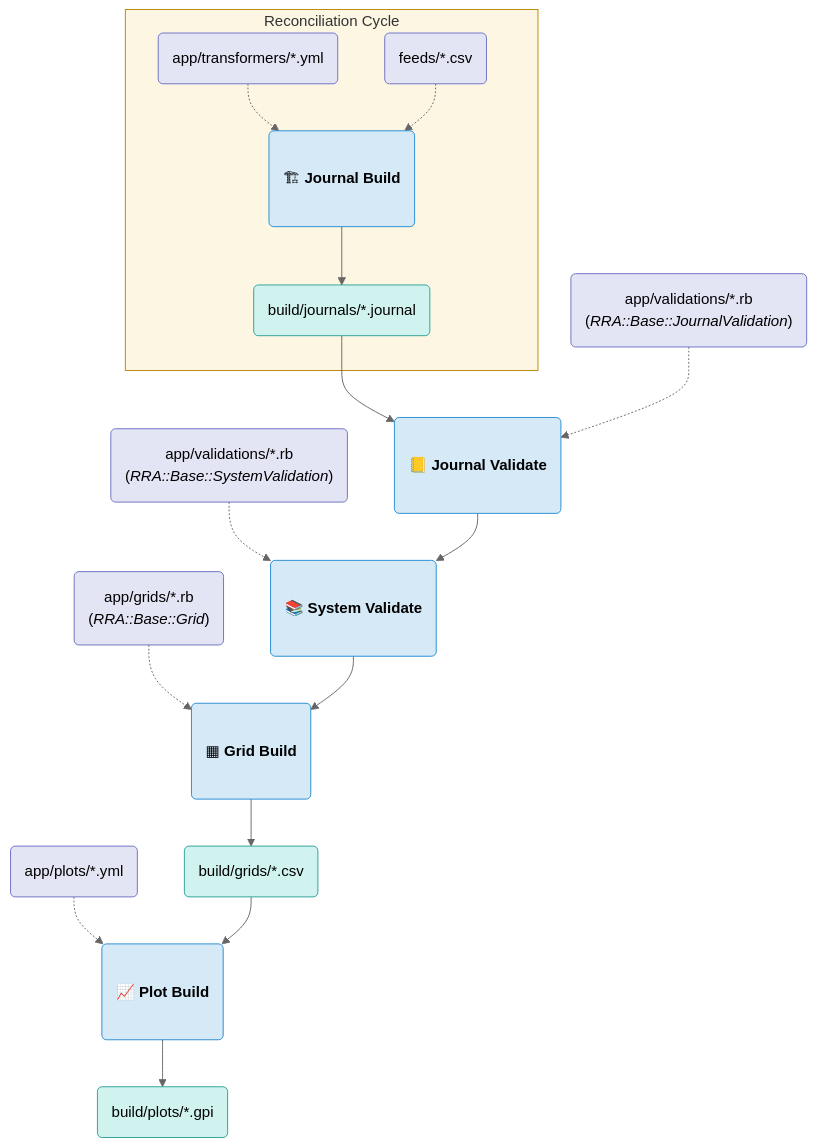
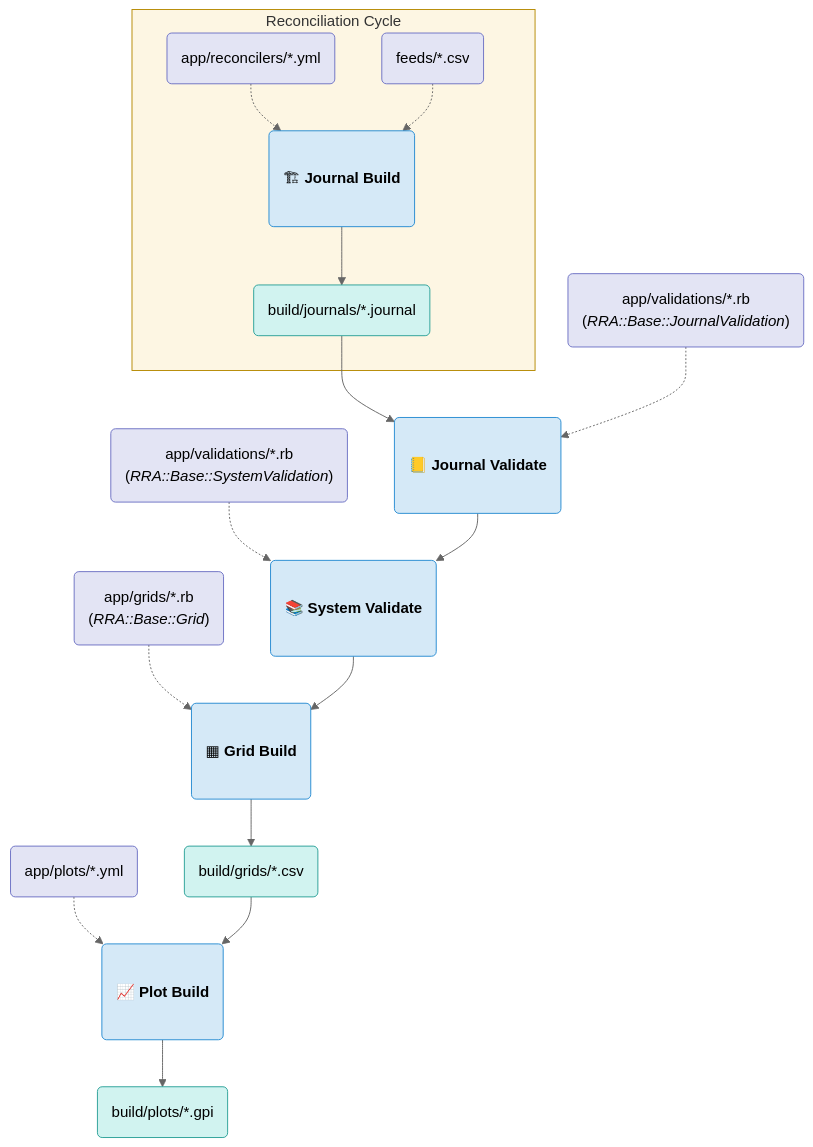
The diagram in README.md (brighton36/rvgp), drawn with Mermaid (neutral theme) before and after one commit. The commit also changed other lines of this file and 13 other files, not shown here.

````diff
--- a/README.md
+++ b/README.md
@@ -152,38 +152,38 @@
 ```mermaid
   graph TD;
     subgraph Reconciliation[Reconciliation Cycle]
-      Transformers("app/transformers/*.yml").->JournalBuild("<br>🏗 <b>Journal Build</b><br><br>");
+      Reconcilers("app/reconcilers/*.yml").->JournalBuild("<br>🏗 <b>Journal Build</b><br><br>");
       Feeds("feeds/*.csv").->JournalBuild;
       JournalBuild-->JournalOutput("build/journals/*.journal");
     end
     JournalOutput-->JValidations;
     JValidationInput("app/validations/*.rb<br>(<i>RRA::Base::JournalValidation</i>)").->JValidations;
     JValidations("<br>📒 <b>Journal Validate</b><br><br>");
     SValidationInput("app/validations/*.rb<br>(<i>RRA::Base::SystemValidation</i>)").->SValidations;
     JValidations-->SValidations("<br>📚 <b>System Validate</b><br><br>");
     GridInput("app/grids/*.rb<br>(<i>RRA::Base::Grid</i>)").->GridBuild("<br>▦ <b>Grid Build</b><br><br>");
     SValidations-->GridBuild;
     GridBuild-->GridOutput("build/grids/*.csv");
     PlotInput("app/plots/*.yml").->PlotBuild("<br>📈 <b>Plot Build</b><br><br>");
     GridOutput-->PlotBuild;
     PlotBuild-->PlotOutput("build/plots/*.gpi");
     
     style Reconciliation fill:#fdf6e3,stroke:#b58900;
 
-    style Transformers fill:#e3e4f4,stroke:#6c71c4;
+    style Reconcilers fill:#e3e4f4,stroke:#6c71c4;
     style Feeds fill:#e3e4f4,stroke:#6c71c4;
     style JValidationInput fill:#e3e4f4,stroke:#6c71c4;
     style SValidationInput fill:#e3e4f4,stroke:#6c71c4;
     style GridInput fill:#e3e4f4,stroke:#6c71c4;
     style PlotInput fill:#e3e4f4,stroke:#6c71c4;
     
     style JournalOutput fill:#d1f3f0,stroke:#2aa198;
     style GridOutput fill:#d1f3f0,stroke:#2aa198;
     style PlotOutput fill:#d1f3f0,stroke:#2aa198;
 
     style JournalBuild fill:#d5e9f7,stroke:#268bd2;
     style JValidations fill:#d5e9f7,stroke:#268bd2;
     style SValidations fill:#d5e9f7,stroke:#268bd2;
     style GridBuild fill:#d5e9f7,stroke:#268bd2;
     style PlotBuild fill:#d5e9f7,stroke:#268bd2;
 ```
````
